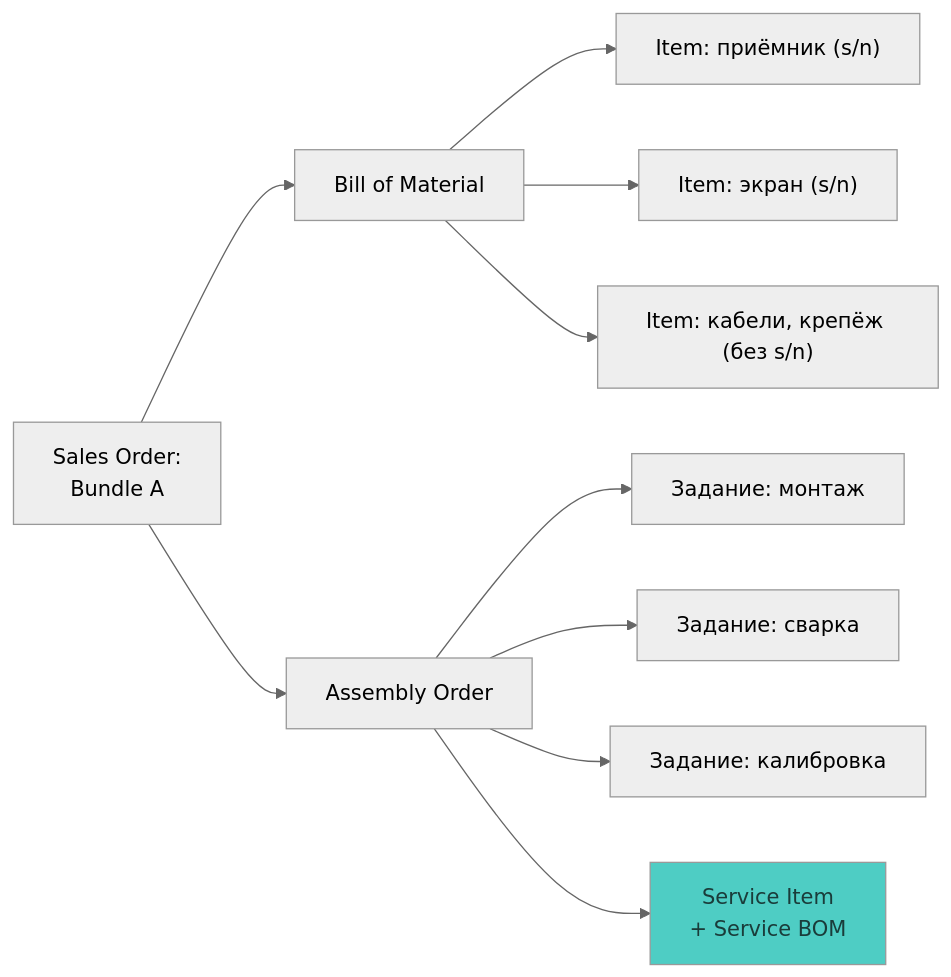
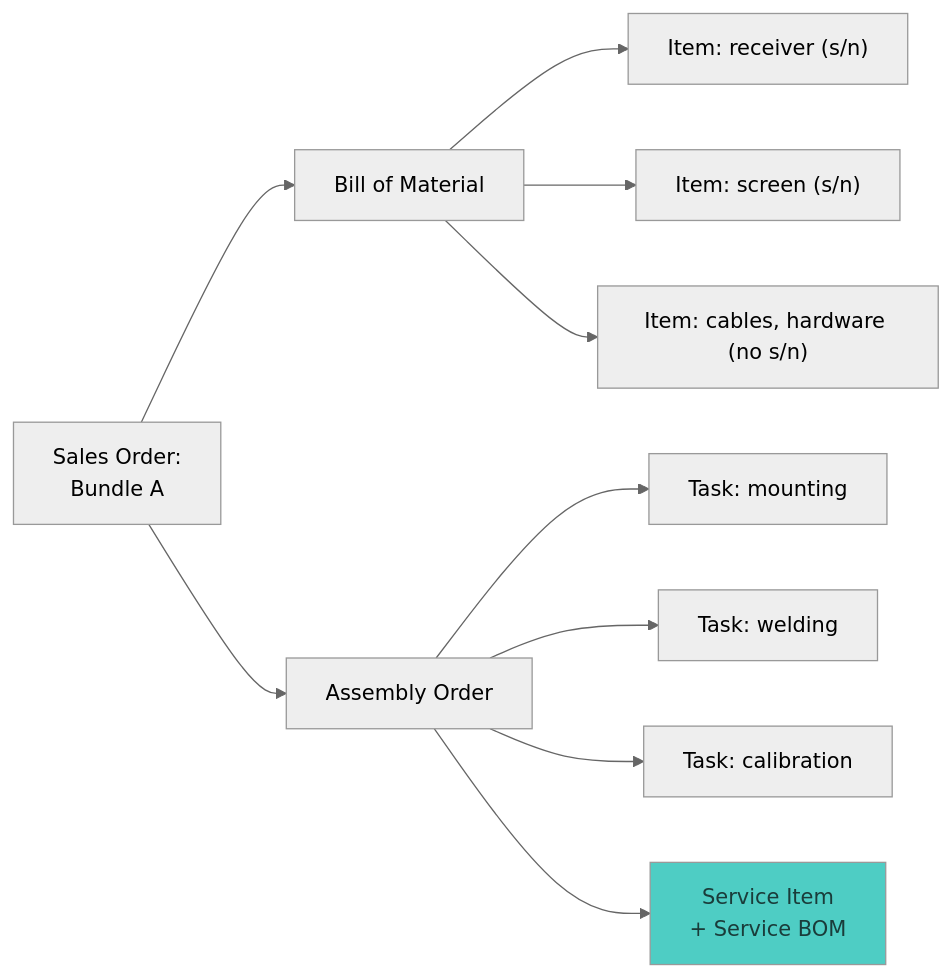
The first of 3 diagrams in docs/service-process.md (zhirkovaa/graph-theory), drawn with Mermaid (neutral theme) before and after one commit. The commit also changed other lines of this file and 3 other files, not shown here.

````diff
--- a/docs/service-process.md
+++ b/docs/service-process.md
@@ -46,14 +47,14 @@
 ```mermaid
 flowchart LR
     SO["Sales Order:<br/>Bundle A"] --> BOM["Bill of Material"]
-    BOM --> I1["Item: приёмник (s/n)"]
-    BOM --> I2["Item: экран (s/n)"]
-    BOM --> I3["Item: кабели, крепёж (без s/n)"]
+    BOM --> I1["Item: receiver (s/n)"]
+    BOM --> I2["Item: screen (s/n)"]
+    BOM --> I3["Item: cables, hardware (no s/n)"]
     SO --> AO["Assembly Order"]
-    AO --> T1["Задание: монтаж"]
-    AO --> T2["Задание: сварка"]
-    AO --> T3["Задание: калибровка"]
+    AO --> T1["Task: mounting"]
+    AO --> T2["Task: welding"]
+    AO --> T3["Task: calibration"]
     AO --> SVI["Service Item<br/>+ Service BOM"]
 
     style SVI fill:#4ecdc4,color:#1a3c3a
 ```
````
